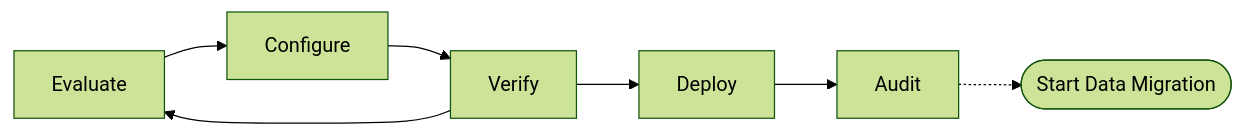
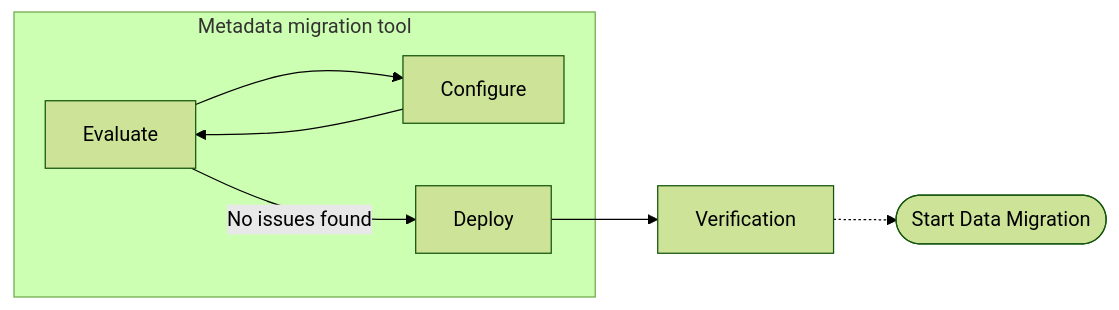
Before and after one commit to opensearch-project/opensearch-migrations: the diagram in MetadataMigration/README.md, drawn with Mermaid (forest theme). The commit also changed other lines of this file, not shown here.

````diff
--- a/MetadataMigration/README.md
+++ b/MetadataMigration/README.md
@@ -9,9 +14,10 @@
 ```mermaid
 graph LR
-    A[Evaluate] --> B[Configure]
-    B --> C[Verify]
-    C --> A
-    C --> D[Deploy]
-    D --> E[Audit]
+   subgraph "Metadata migration tool"
+      A[Evaluate] --> B[Configure]
+      B --> A
+      A --> |No issues found| D[Deploy]
+    end
+    D --> E[Verification]
     E -.-> F([Start Data Migration])
 ```
````
